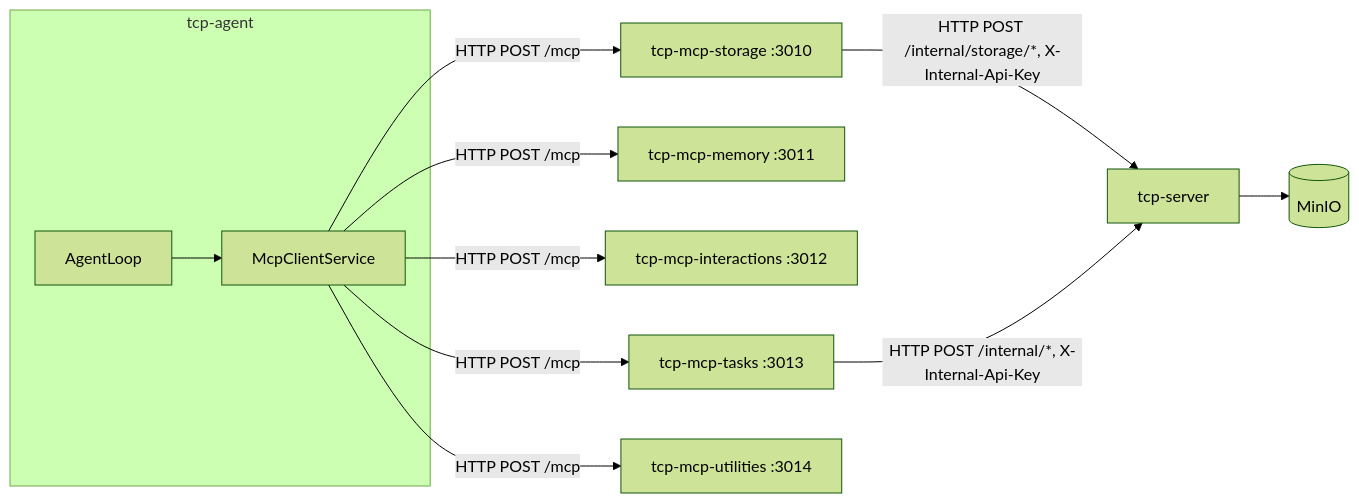
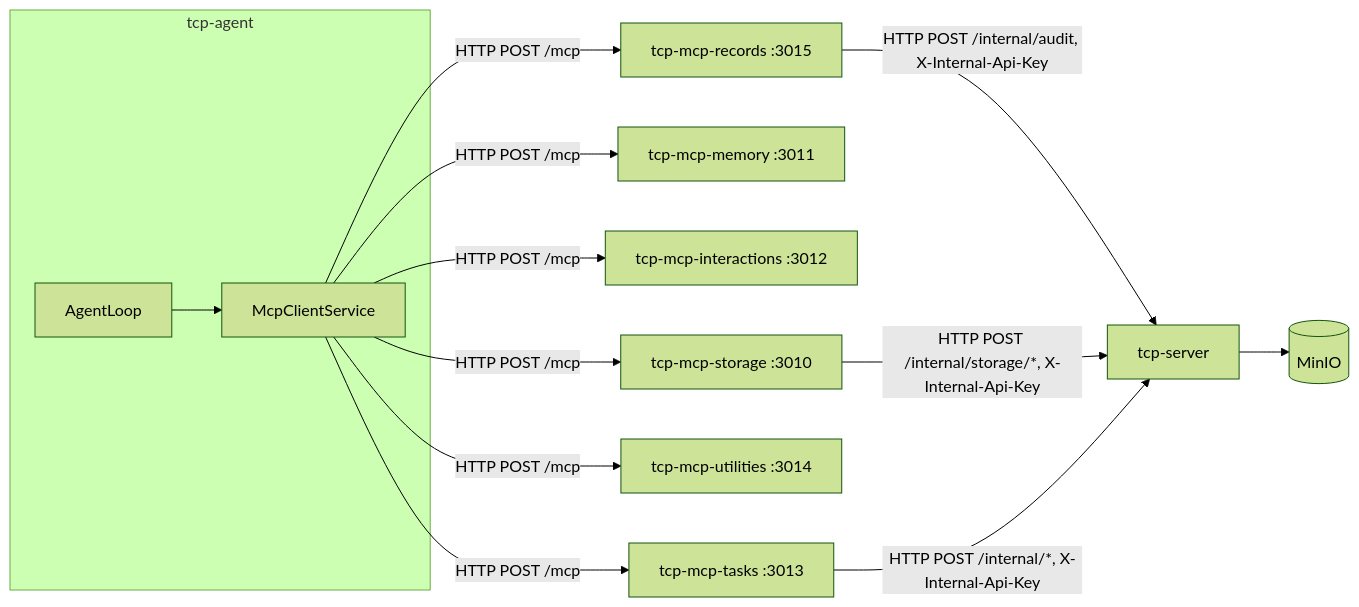
One commit to instantiator/tcp-server changed the second of 2 diagrams in docs/agent-services.md. Above: the diagram before and after it, drawn with Mermaid (forest theme). The commit also changed other lines of this file and 26 other files, not shown here.

First line of the commit message:
Document the records MCP server and trim tool schemas for small models

````diff
--- a/docs/agent-services.md
+++ b/docs/agent-services.md
@@ -82,14 +82,16 @@
 ```mermaid
 flowchart LR
     subgraph tcp-agent
         AL[AgentLoop] --> MC[McpClientService]
     end
     MC -->|HTTP POST /mcp| S[tcp-mcp-storage :3010]
     MC -->|HTTP POST /mcp| M[tcp-mcp-memory :3011]
     MC -->|HTTP POST /mcp| I[tcp-mcp-interactions :3012]
     MC -->|HTTP POST /mcp| T[tcp-mcp-tasks :3013]
     MC -->|HTTP POST /mcp| U[tcp-mcp-utilities :3014]
+    MC -->|HTTP POST /mcp| R[tcp-mcp-records :3015]
+    R -->|HTTP POST /internal/audit, X-Internal-Api-Key| LS
     S -->|HTTP POST /internal/storage/*, X-Internal-Api-Key| LS[tcp-server]
     T -->|HTTP POST /internal/*, X-Internal-Api-Key| LS
     LS --> MIO[(MinIO)]
 ```
````
